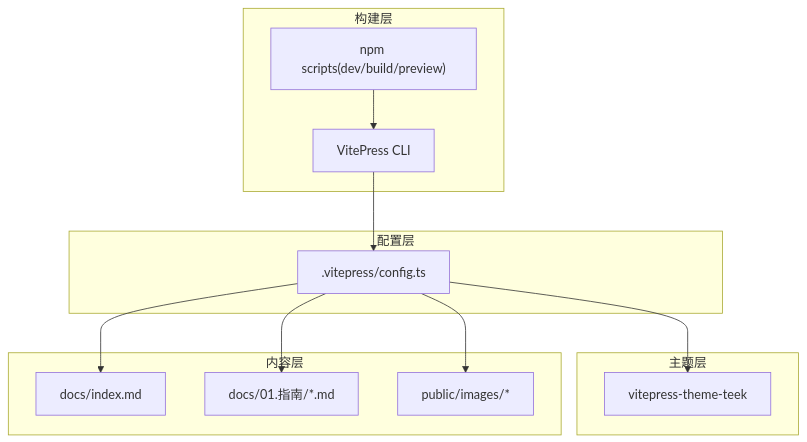
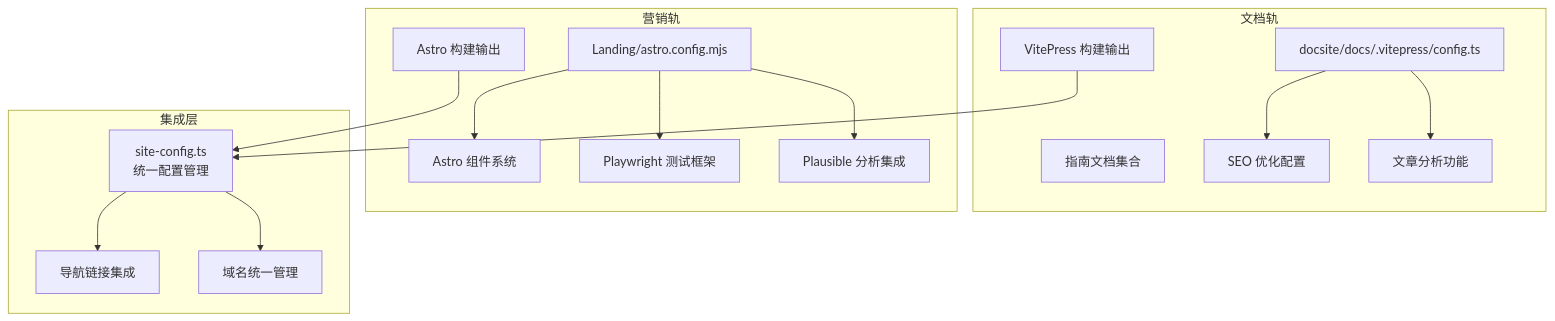
One commit to kqcoxn/MaaPipelineEditor changed the second of 2 diagrams in .qoder/repowiki/zh/content/开发者指南/代码结构说明/文档站点架构.md. Above: the diagram before and after it, drawn with Mermaid. The commit also changed other lines of this file and 50 other files, not shown here.

````diff
--- a/.qoder/repowiki/zh/content/开发者指南/代码结构说明/文档站点架构.md
+++ b/.qoder/repowiki/zh/content/开发者指南/代码结构说明/文档站点架构.md
@@ -79,24 +104,31 @@
 ```mermaid
 graph TB
-subgraph "配置层"
-CFG[".vitepress/config.ts"]
+subgraph "文档轨"
+DOC["docsite/docs/.vitepress/config.ts"]
+GUIDE["指南文档集合"]
+SEO["SEO 优化配置"]
+ANALYZE["文章分析功能"]
+END["VitePress 构建输出"]
 end
-subgraph "主题层"
-THEME["vitepress-theme-teek"]
+subgraph "营销轨"
+LAND["Landing/astro.config.mjs"]
+COMPONENTS["Astro 组件系统"]
+TESTS["Playwright 测试框架"]
+ANALYTICS["Plausible 分析集成"]
+BUILD["Astro 构建输出"]
 end
-subgraph "内容层"
-HOME["docs/index.md"]
-GUIDE["docs/01.指南/*.md"]
-IMG["public/images/*"]
+subgraph "集成层"
+CONFIG["site-config.ts<br/>统一配置管理"]
+NAV["导航链接集成"]
+DOMAIN["域名统一管理"]
+END --> CONFIG
+BUILD --> CONFIG
 end
-subgraph "构建层"
-VP["VitePress CLI"]
-NPM["npm scripts(dev/build/preview)"]
-end
-NPM --> VP
-VP --> CFG
-CFG --> THEME
-CFG --> HOME
-CFG --> GUIDE
-CFG --> IMG
+DOC --> SEO
+DOC --> ANALYZE
+LAND --> COMPONENTS
+LAND --> TESTS
+LAND --> ANALYTICS
+CONFIG --> NAV
+CONFIG --> DOMAIN
 ```
````
